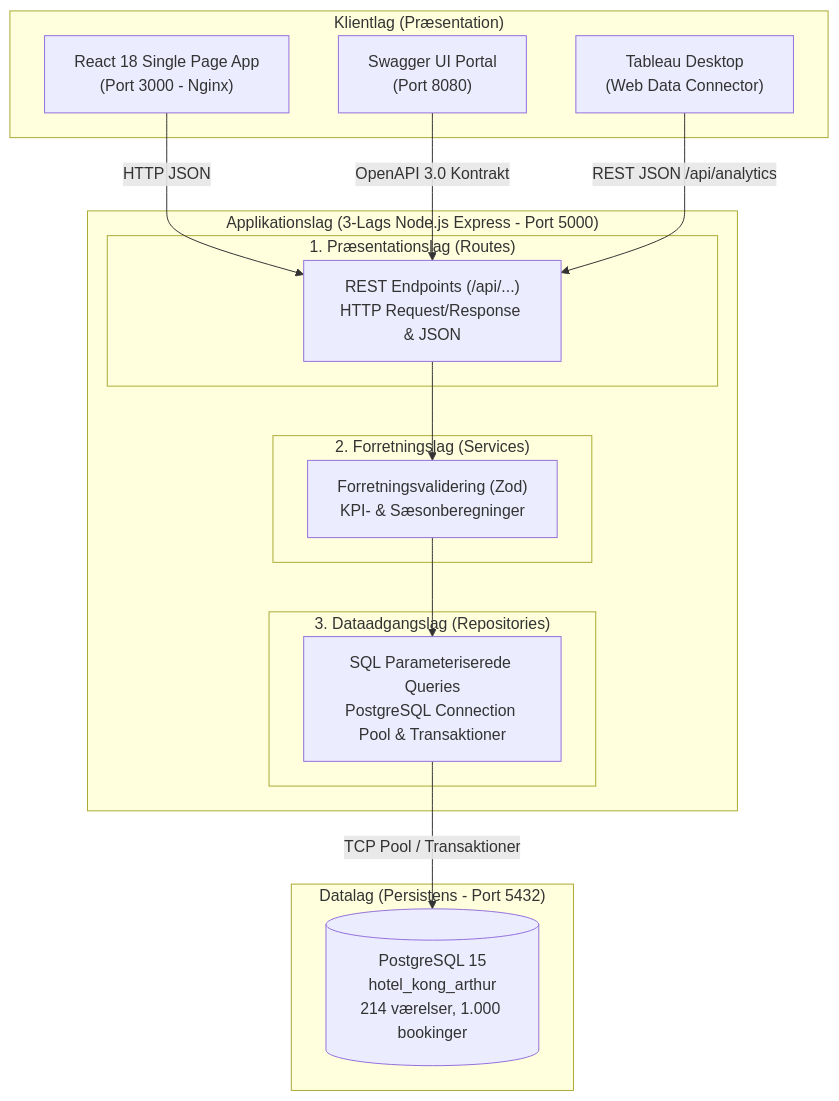
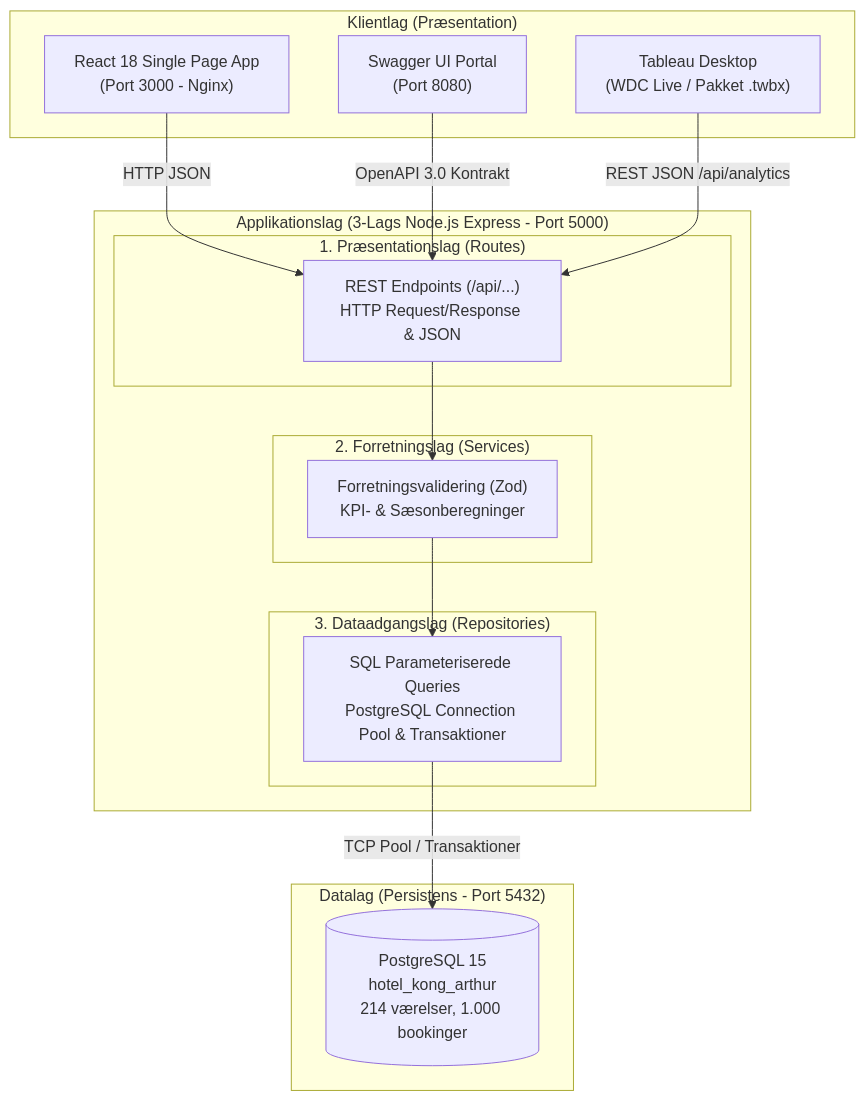
Before and after one commit to Junkersje/Hotel-Kong-Arthur-SCAMM-Tv-rfaglig-Opgave: the diagram in README.md, drawn with Mermaid. The commit also changed other lines of this file, not shown here.

Commit message:
docs: align README with exact database counts, Tableau options, and 3-layer architecture

````diff
--- a/README.md
+++ b/README.md
@@ -19,31 +19,31 @@
 ```mermaid
 graph TD
     subgraph Klienter["Klientlag (Præsentation)"]
         Browser["React 18 Single Page App<br/>(Port 3000 - Nginx)"]
         Swagger["Swagger UI Portal<br/>(Port 8080)"]
-        Tableau["Tableau Desktop<br/>(Web Data Connector)"]
+        Tableau["Tableau Desktop<br/>(WDC Live / Pakket .twbx)"]
     end
 
     subgraph BackendApp["Applikationslag (3-Lags Node.js Express - Port 5000)"]
         subgraph Layer1["1. Præsentationslag (Routes)"]
             Routes["REST Endpoints (/api/...)<br/>HTTP Request/Response & JSON"]
         end
         subgraph Layer2["2. Forretningslag (Services)"]
             Services["Forretningsvalidering (Zod)<br/>KPI- & Sæsonberegninger"]
         end
         subgraph Layer3["3. Dataadgangslag (Repositories)"]
             Repos["SQL Parameteriserede Queries<br/>PostgreSQL Connection Pool & Transaktioner"]
         end
         Routes --> Services
         Services --> Repos
     end
 
     subgraph DatabaseLayer["Datalag (Persistens - Port 5432)"]
         PostgreSQL[("PostgreSQL 15<br/>hotel_kong_arthur<br/>214 værelser, 1.000 bookinger")]
     end
 
     Browser -->|HTTP JSON| Routes
     Swagger -->|OpenAPI 3.0 Kontrakt| Routes
     Tableau -->|REST JSON /api/analytics| Routes
     Repos -->|TCP Pool / Transaktioner| PostgreSQL
 ```
````
